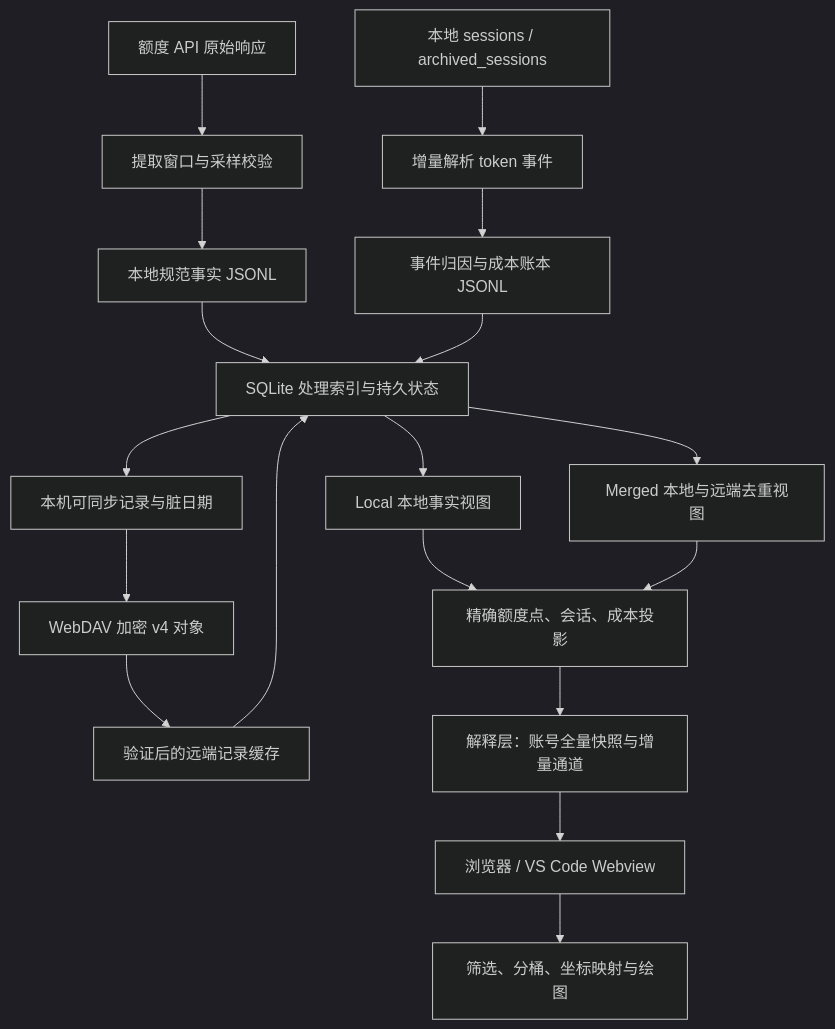
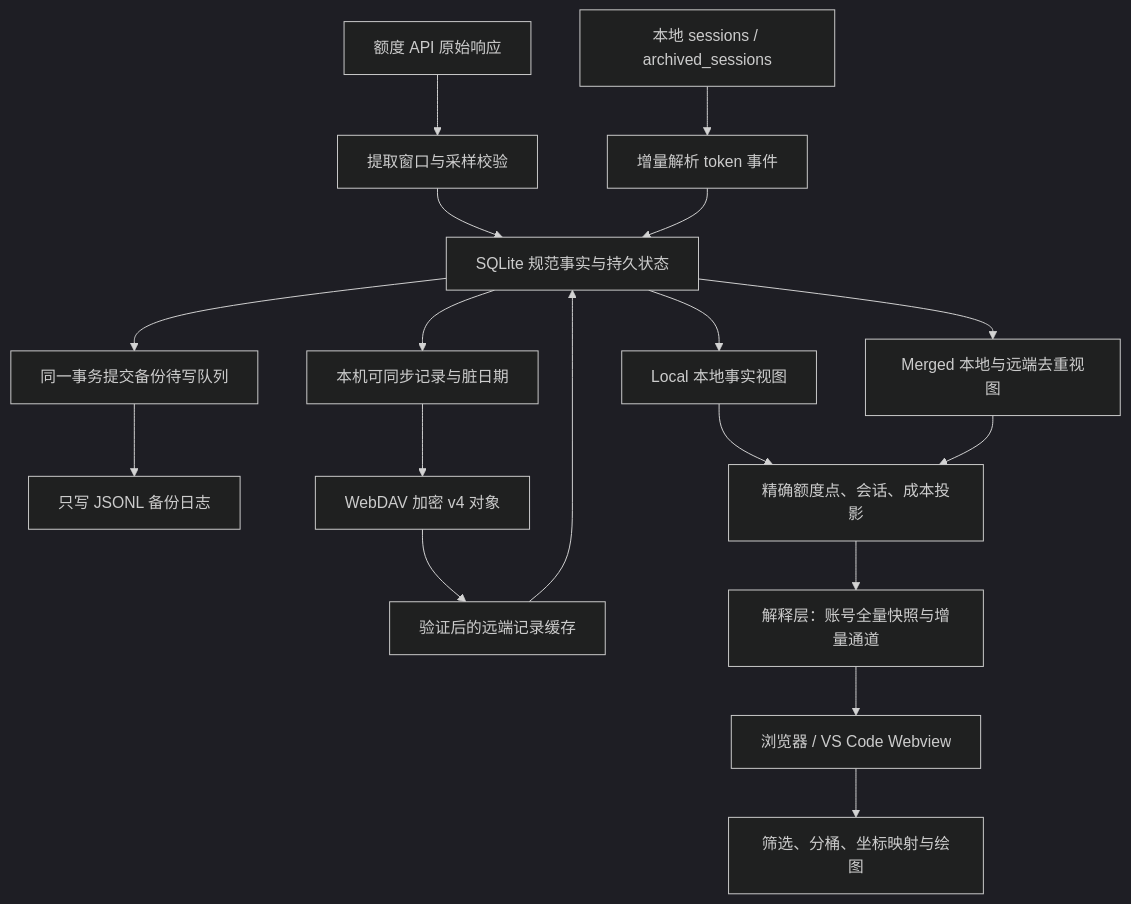
The diagram in data-pipeline.zh-CN.md (LenorEric/codex-monitor), drawn with Mermaid (dark theme) before and after one commit. The commit also changed other lines of this file and 58 other files, not shown here.

````diff
--- a/data-pipeline.zh-CN.md
+++ b/data-pipeline.zh-CN.md
@@ -9,20 +9,20 @@
 ```mermaid
 flowchart TD
     API[额度 API 原始响应] --> Q[提取窗口与采样校验]
     SESSION[本地 sessions / archived_sessions] --> P[增量解析 token 事件]
-    Q --> FACT[本地规范事实 JSONL]
-    P --> LEDGER[事件归因与成本账本 JSONL]
-    FACT --> DB[SQLite 处理索引与持久状态]
-    LEDGER --> DB
+    Q --> DB[SQLite 规范事实与持久状态]
+    P --> DB
+    DB --> QUEUE[同一事务提交备份待写队列]
+    QUEUE --> FACT[只写 JSONL 备份日志]
     DB --> PUB[本机可同步记录与脏日期]
     PUB --> CLOUD[WebDAV 加密 v4 对象]
     CLOUD --> PEER[验证后的远端记录缓存]
     PEER --> DB
     DB --> LOCAL[Local 本地事实视图]
     DB --> MERGED[Merged 本地与远端去重视图]
     LOCAL --> EXACT[精确额度点、会话、成本投影]
     MERGED --> EXACT
     EXACT --> DELIVERY[解释层：账号全量快照与增量通道]
     DELIVERY --> CLIENT[浏览器 / VS Code Webview]
     CLIENT --> UI[筛选、分桶、坐标映射与绘图]
 ```
````
